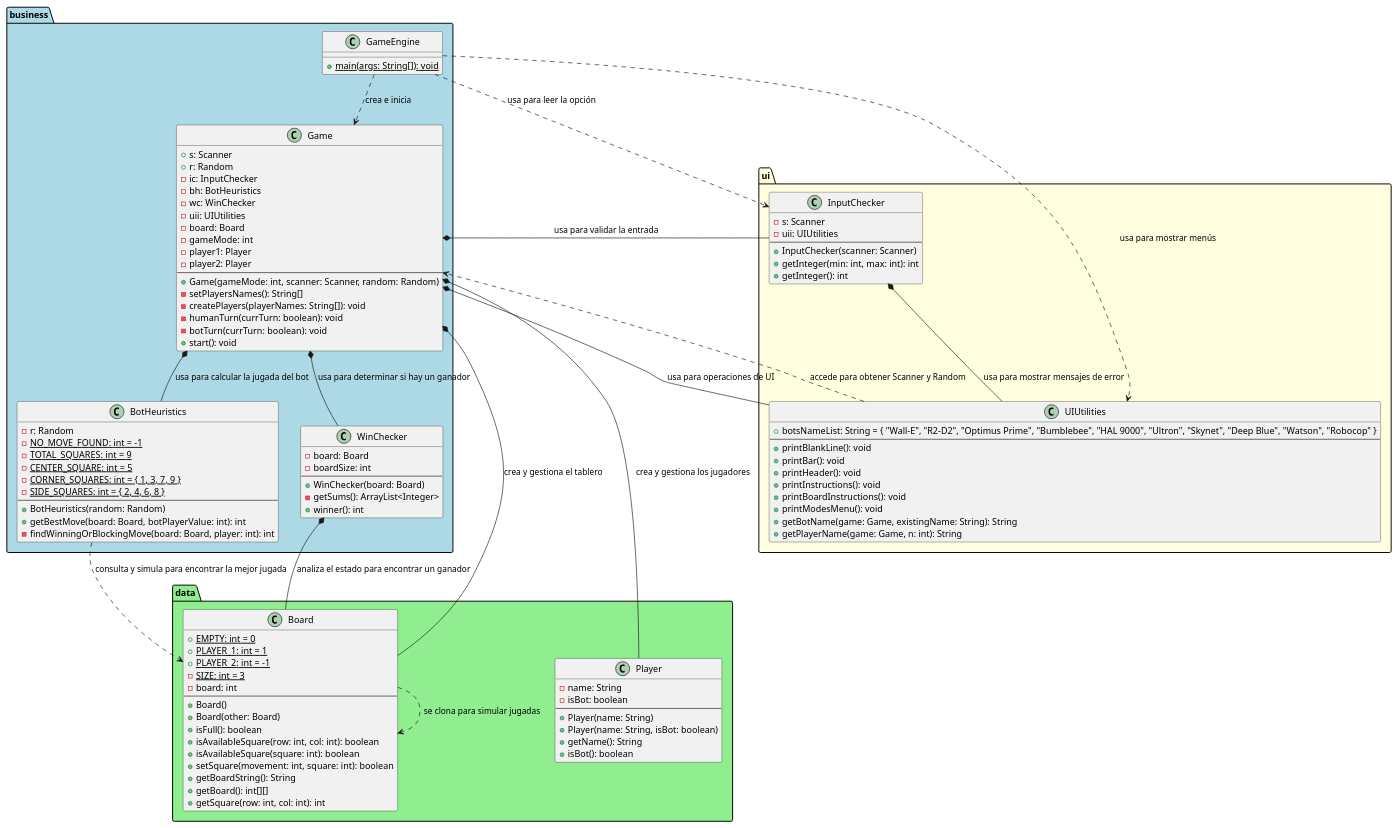
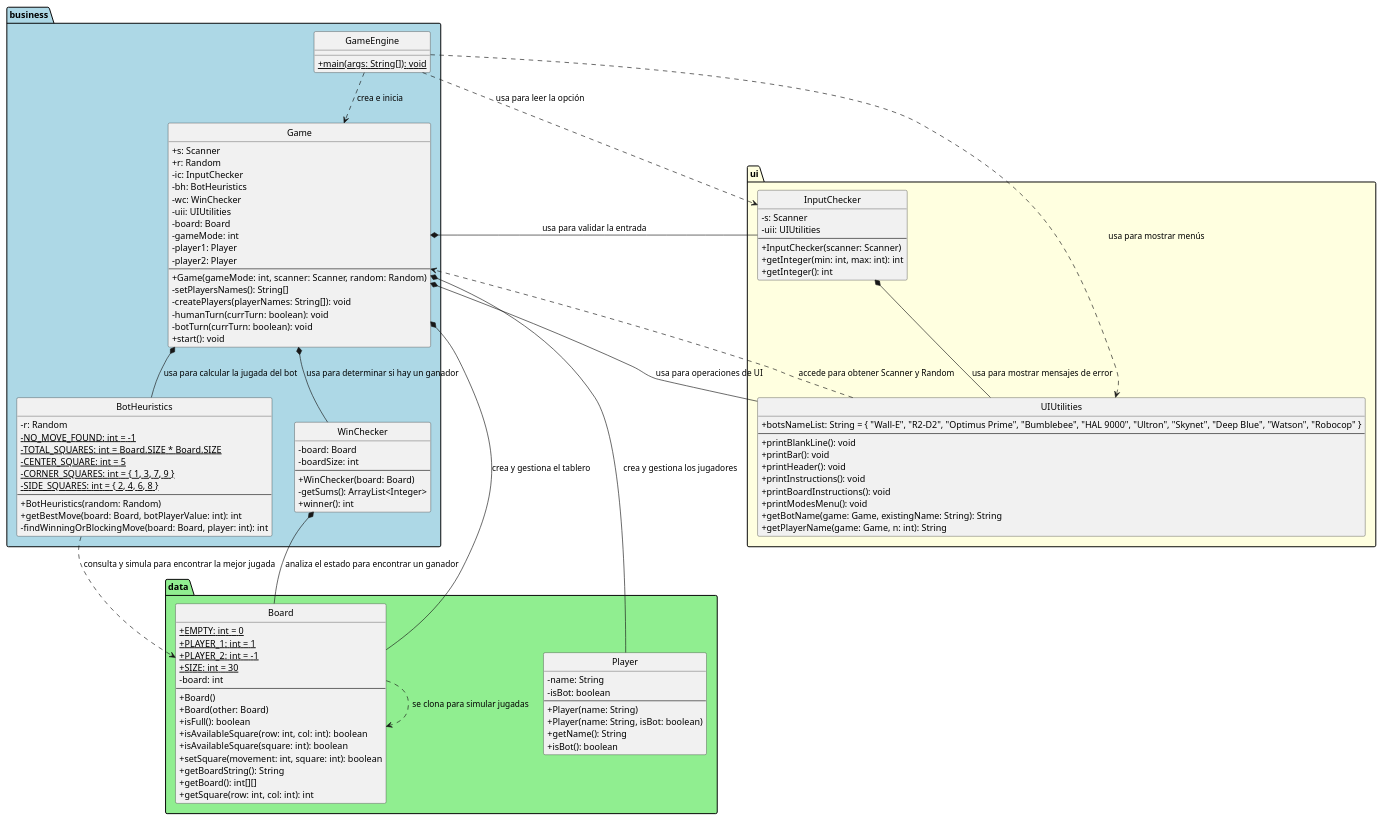
Before and after one commit to Andresit1524/TicTacToe: the diagram in .UML/tictactoe.puml, drawn with PlantUML. The commit also changed other lines of this file, not shown here.

```diff
--- a/.UML/tictactoe.puml
+++ b/.UML/tictactoe.puml
@@ -1,123 +6,125 @@
-@startuml tictactoe
-package "business" #LightBlue {
+@startuml
+skinparam classAttributeIconSize 0
+hide circle
+package business #LightBlue {
   class BotHeuristics {
     -r: Random
     -{static} NO_MOVE_FOUND: int = -1
-    -{static} TOTAL_SQUARES: int = 9
+    -{static} TOTAL_SQUARES: int = Board.SIZE * Board.SIZE
     -{static} CENTER_SQUARE: int = 5
     -{static} CORNER_SQUARES: int = { 1, 3, 7, 9 }
     -{static} SIDE_SQUARES: int = { 2, 4, 6, 8 }
     --
     +BotHeuristics(random: Random)
     +getBestMove(board: Board, botPlayerValue: int): int
     -findWinningOrBlockingMove(board: Board, player: int): int
   }
 
   class Game {
     +s: Scanner
     +r: Random
     -ic: InputChecker
     -bh: BotHeuristics
     -wc: WinChecker
     -uii: UIUtilities
     -board: Board
     -gameMode: int
     -player1: Player
     -player2: Player
     --
     +Game(gameMode: int, scanner: Scanner, random: Random)
     -setPlayersNames(): String[]
     -createPlayers(playerNames: String[]): void
     -humanTurn(currTurn: boolean): void
     -botTurn(currTurn: boolean): void
     +start(): void
   }
 
   class GameEngine {
     +{static} main(args: String[]): void
   }
 
   class WinChecker {
     -board: Board
     -boardSize: int
     --
     +WinChecker(board: Board)
     -getSums(): ArrayList<Integer>
     +winner(): int
   }
 }
 
-package "data" #LightGreen {
+package data #LightGreen {
   class Board {
     +{static} EMPTY: int = 0
     +{static} PLAYER_1: int = 1
     +{static} PLAYER_2: int = -1
-    -{static} SIZE: int = 3
+    +{static} SIZE: int = 30
     -board: int
     --
     +Board()
     +Board(other: Board)
     +isFull(): boolean
     +isAvailableSquare(row: int, col: int): boolean
     +isAvailableSquare(square: int): boolean
     +setSquare(movement: int, square: int): boolean
     +getBoardString(): String
     +getBoard(): int[][]
     +getSquare(row: int, col: int): int
   }
 
   class Player {
     -name: String
     -isBot: boolean
     --
     +Player(name: String)
     +Player(name: String, isBot: boolean)
     +getName(): String
     +isBot(): boolean
   }
 }
 
-package "ui" #LightYellow {
+package ui #LightYellow {
   class InputChecker {
     -s: Scanner
     -uii: UIUtilities
     --
     +InputChecker(scanner: Scanner)
     +getInteger(min: int, max: int): int
     +getInteger(): int
   }
 
   class UIUtilities {
     +botsNameList: String = { "Wall-E", "R2-D2", "Optimus Prime", "Bumblebee", "HAL 9000", "Ultron", "Skynet", "Deep Blue", "Watson", "Robocop" }
     --
     +printBlankLine(): void
     +printBar(): void
     +printHeader(): void
     +printInstructions(): void
     +printBoardInstructions(): void
     +printModesMenu(): void
     +getBotName(game: Game, existingName: String): String
     +getPlayerName(game: Game, n: int): String
   }
 }
 
 ' Punto de entrada de la aplicación
 GameEngine ..> Game : "crea e inicia"
 GameEngine ..> UIUtilities : "usa para mostrar menús"
 GameEngine ..> InputChecker : "usa para leer la opción"
 
 ' La clase Game orquesta la partida
 Game *-- InputChecker : "usa para validar la entrada"
 Game *-- BotHeuristics : "usa para calcular la jugada del bot"
 Game *-- WinChecker : "usa para determinar si hay un ganador"
 Game *-- UIUtilities : "usa para operaciones de UI"
 Game *-- Board : "crea y gestiona el tablero"
 Game *-- Player : "crea y gestiona los jugadores"
 
 ' Otras dependencias y relaciones
 BotHeuristics ..> Board : "consulta y simula para encontrar la mejor jugada"
 WinChecker *-- Board : "analiza el estado para encontrar un ganador"
 Board ..> Board : "se clona para simular jugadas"
 InputChecker *-- UIUtilities : "usa para mostrar mensajes de error"
 UIUtilities ..> Game : "accede para obtener Scanner y Random"
 @enduml
```
